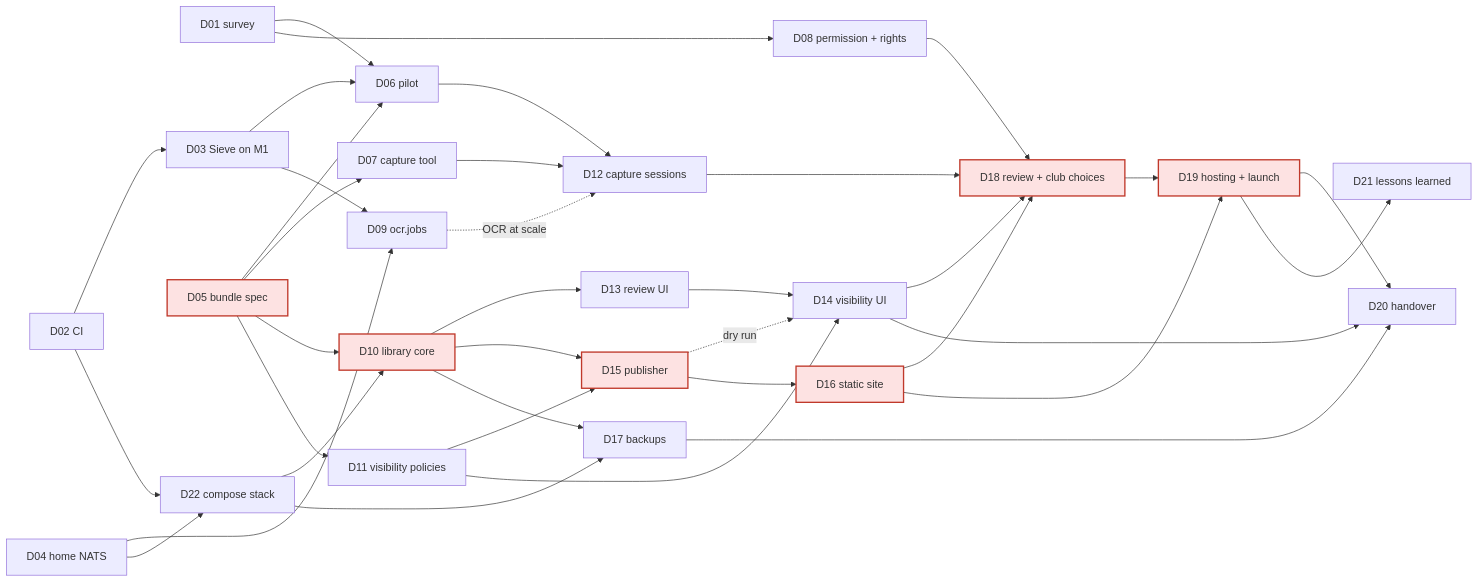
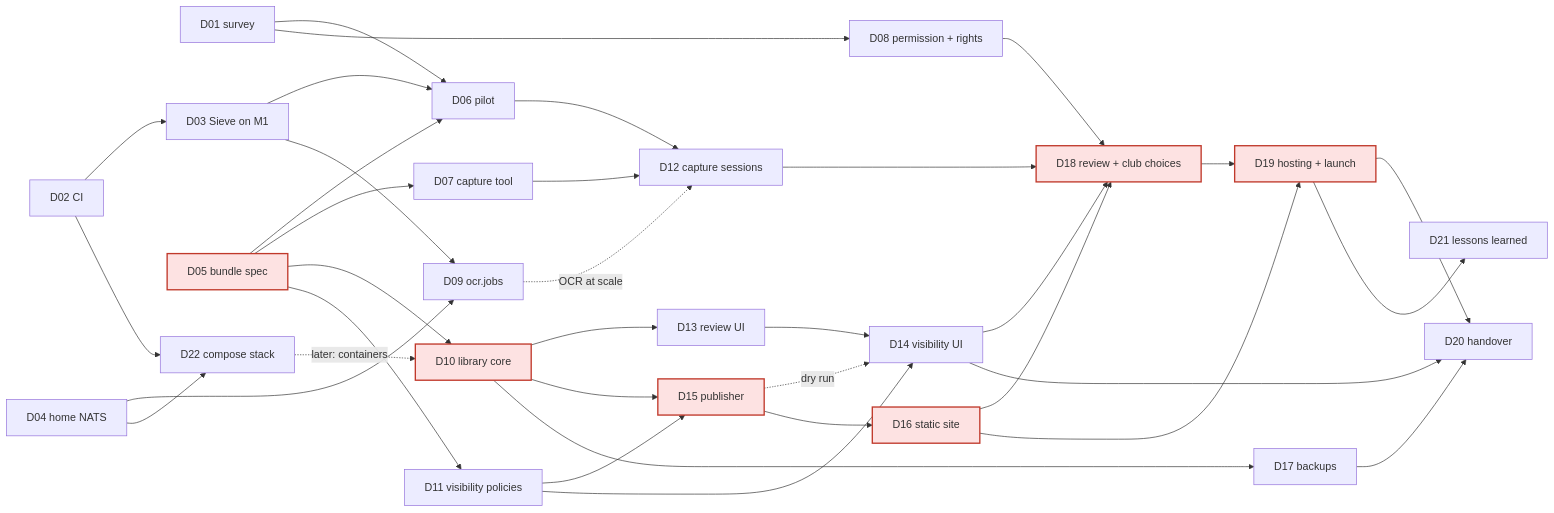
The diagram in docs/epics/garden-club-archive/README.md (zacharyelston/athena-at-home), drawn with Mermaid before and after one commit. The commit also changed other lines of this file and 5 other files, not shown here.

````diff
--- a/docs/epics/garden-club-archive/README.md
+++ b/docs/epics/garden-club-archive/README.md
@@ -148,41 +149,40 @@
 ```mermaid
 graph LR
   D01[D01 survey] --> D06[D06 pilot]
   D01 --> D08[D08 permission + rights]
   D02[D02 CI] --> D03[D03 Sieve on M1]
   D03 --> D06
   D05[D05 bundle spec] --> D06
   D03 --> D09[D09 ocr.jobs]
   D04[D04 home NATS] --> D09
   D05 --> D07[D07 capture tool]
   D05 --> D10[D10 library core]
   D05 --> D11[D11 visibility policies]
   D06 --> D12[D12 capture sessions]
   D07 --> D12
   D09 -.OCR at scale.-> D12
   D10 --> D13[D13 review UI]
   D10 --> D15[D15 publisher]
   D11 --> D15
   D11 --> D14[D14 visibility UI]
   D13 --> D14
   D15 -.dry run.-> D14
   D15 --> D16[D16 static site]
   D10 --> D17[D17 backups]
   D02 --> D22[D22 compose stack]
   D04 --> D22
-  D22 --> D10
-  D22 --> D17
+  D22 -.later: containers.-> D10
   D08 --> D18[D18 review + club choices]
   D12 --> D18
   D14 --> D18
   D16 --> D18
   D16 --> D19[D19 hosting + launch]
   D18 --> D19
   D14 --> D20[D20 handover]
   D17 --> D20
   D19 --> D20
   D19 --> D21[D21 lessons learned]
 
   classDef crit fill:#fde2e2,stroke:#c0392b,stroke-width:2px;
   class D05,D10,D15,D16,D18,D19 crit;
 ```
````
